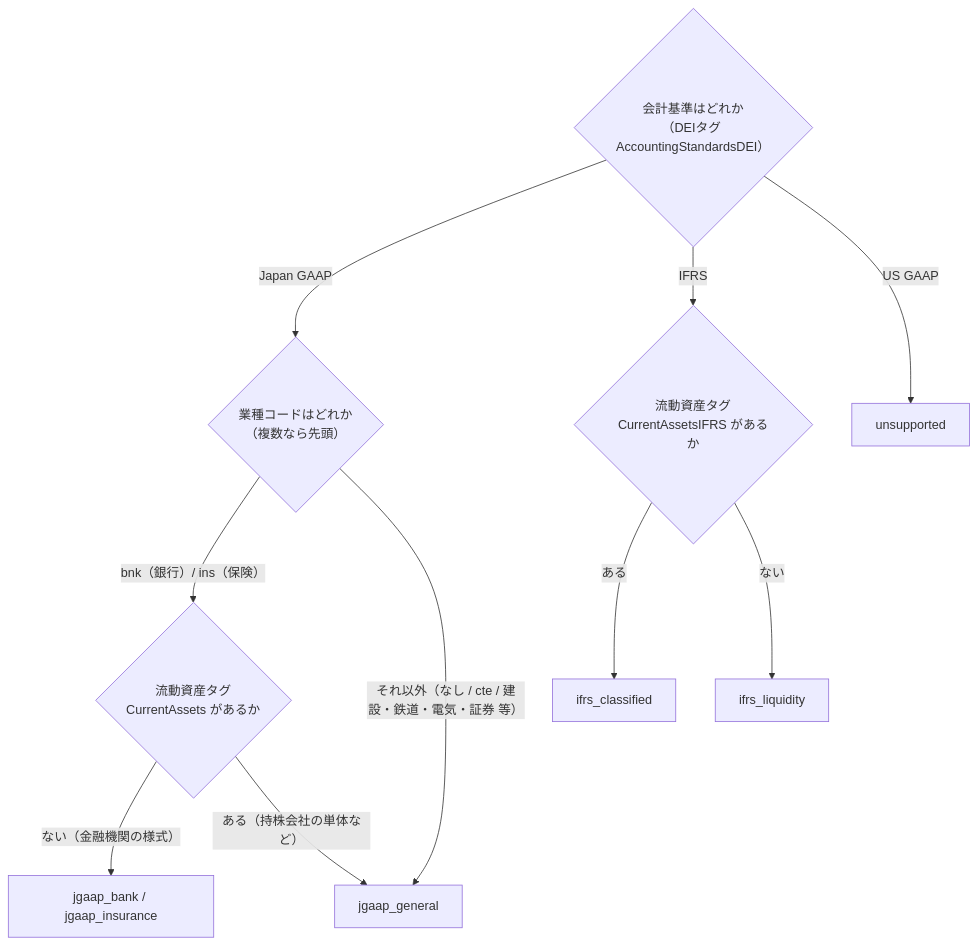
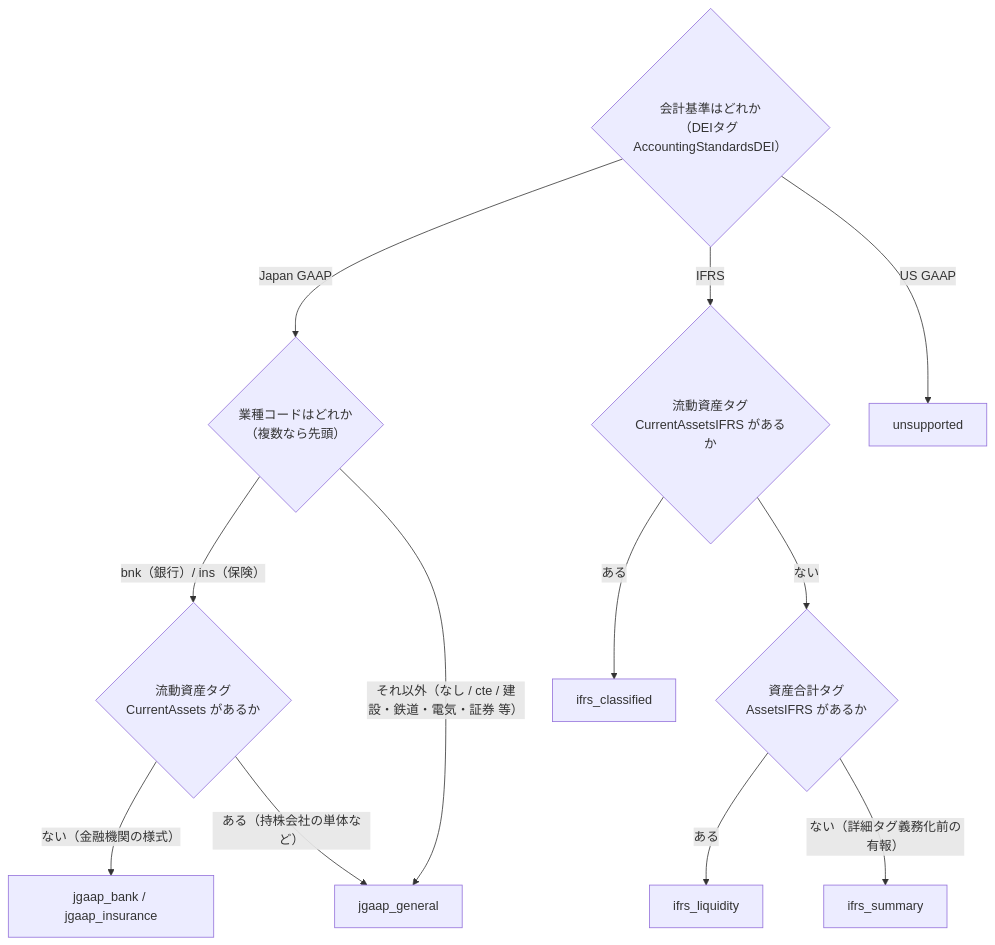
Before and after one commit to shin4488/financial-statement: the seventh of 8 diagrams in docs/guide/03_system_overview.md, drawn with Mermaid. The commit also changed other lines of this file and 4 other files, not shown here.

````diff
--- a/docs/guide/03_system_overview.md
+++ b/docs/guide/03_system_overview.md
@@ -284,12 +284,14 @@
 ```mermaid
 flowchart TB
     Start{"会計基準はどれか<br>（DEIタグ AccountingStandardsDEI）"} -->|Japan GAAP| Ind{"業種コードはどれか<br>（複数なら先頭）"}
     Start -->|IFRS| Tag{"流動資産タグ<br>CurrentAssetsIFRS があるか"}
     Start -->|US GAAP| Unsup2["unsupported"]
     Ind -->|"bnk（銀行）/ ins（保険）"| FinTag{"流動資産タグ<br>CurrentAssets があるか"}
     Ind -->|"それ以外（なし / cte / 建設・鉄道・電気・証券 等）"| General["jgaap_general"]
     FinTag -->|"ない（金融機関の様式）"| Fin["jgaap_bank / jgaap_insurance"]
     FinTag -->|"ある（持株会社の単体など）"| General
     Tag -->|ある| Cls["ifrs_classified"]
-    Tag -->|ない| Liq["ifrs_liquidity"]
+    Tag -->|"ない"| AssetsTag{"資産合計タグ<br>AssetsIFRS があるか"}
+    AssetsTag -->|ある| Liq["ifrs_liquidity"]
+    AssetsTag -->|"ない（詳細タグ義務化前の有報）"| Sum["ifrs_summary"]
 ```
````
